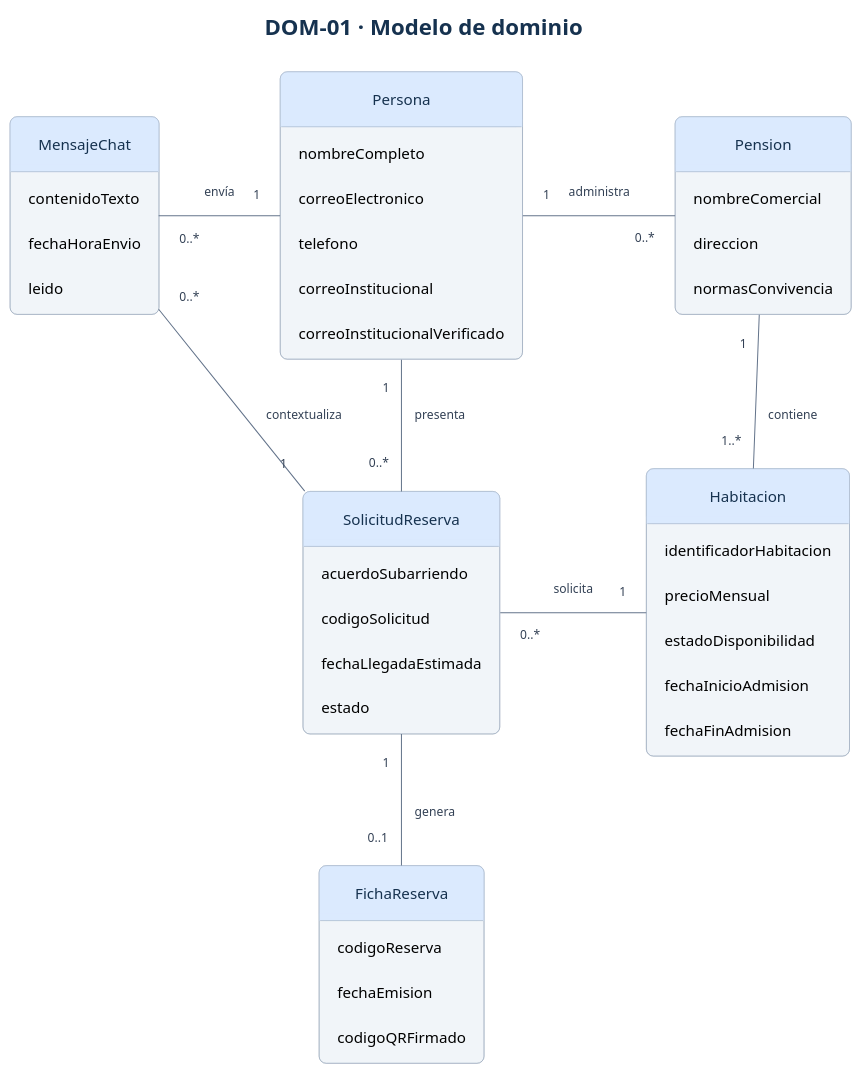
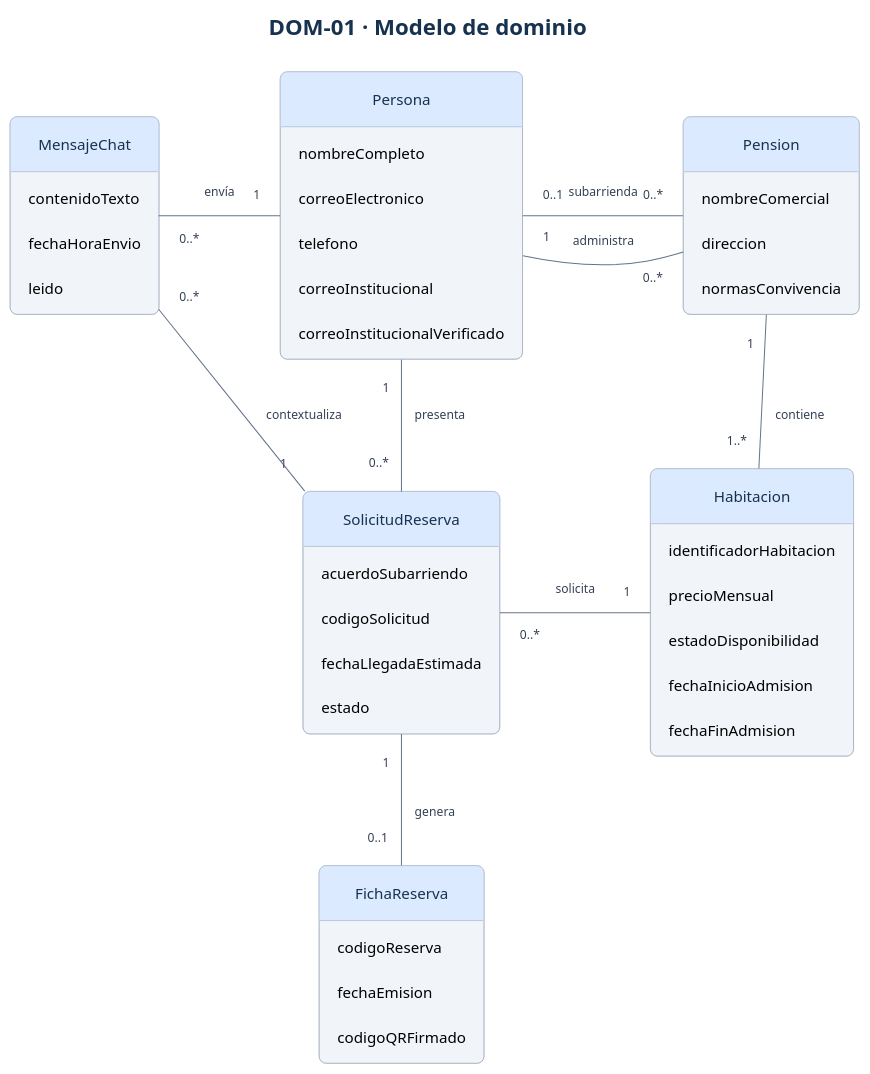
The diagram in diagramas/modelo-dominio.puml (busca-tunido-requisitos/entrega-1), drawn with PlantUML before and after one commit. The commit also changed 16 other files, not shown here.

Commit message:
docs(eval2): resolver inconsistencias y actualizar diagramas de HU-05

```diff
--- a/diagramas/modelo-dominio.puml
+++ b/diagramas/modelo-dominio.puml
@@ -1,75 +1,76 @@
 @startuml
 title DOM-01 · Modelo de dominio
 skinparam defaultFontName Arial
 skinparam defaultFontSize 15
 skinparam titleFontSize 22
 skinparam titleFontColor #16324F
 skinparam backgroundColor #FFFFFF
 skinparam shadowing false
 skinparam ArrowColor #64748B
 skinparam ArrowFontColor #334155
 skinparam ArrowFontSize 12
 skinparam roundcorner 14
 skinparam nodesep 65
 skinparam ranksep 65
 skinparam padding 12
 skinparam classBackgroundColor #F1F5F9
 skinparam classBorderColor #94A3B8
 skinparam classHeaderBackgroundColor #DBEAFE
 skinparam classFontColor #16324F
 skinparam stateBackgroundColor #EFF6FF
 skinparam stateBorderColor #7C9CBF
 skinparam stateFontColor #16324F
 skinparam usecaseBackgroundColor #EFF6FF
 skinparam usecaseBorderColor #7C9CBF
 skinparam usecaseFontColor #16324F
 skinparam actorBorderColor #475569
 skinparam actorFontColor #16324F
 skinparam rectangleBorderColor #CBD5E1
 skinparam rectangleFontColor #16324F
 hide methods
 hide circle
 skinparam classAttributeIconSize 0
 class Persona {
   nombreCompleto
   correoElectronico
   telefono
   correoInstitucional
   correoInstitucionalVerificado
 }
 class Pension {
   nombreComercial
   direccion
   normasConvivencia
 }
 class Habitacion {
   identificadorHabitacion
   precioMensual
   estadoDisponibilidad
   fechaInicioAdmision
   fechaFinAdmision
 }
 class SolicitudReserva {
   acuerdoSubarriendo
   codigoSolicitud
   fechaLlegadaEstimada
   estado
 }
 class FichaReserva {
   codigoReserva
   fechaEmision
   codigoQRFirmado
 }
 class MensajeChat {
   contenidoTexto
   fechaHoraEnvio
   leido
 }
 Persona "1" -right- "0..*" Pension : administra
+Persona "0..1" -- "0..*" Pension : subarrienda
 Pension "1" -down- "1..*" Habitacion : contiene
 Persona "1" -down- "0..*" SolicitudReserva : presenta
 SolicitudReserva "0..*" -right- "1" Habitacion : solicita
 SolicitudReserva "1" -down- "0..1" FichaReserva : genera
 SolicitudReserva "1" -left- "0..*" MensajeChat : contextualiza
 Persona "1" -left- "0..*" MensajeChat : envía
 @enduml
```
